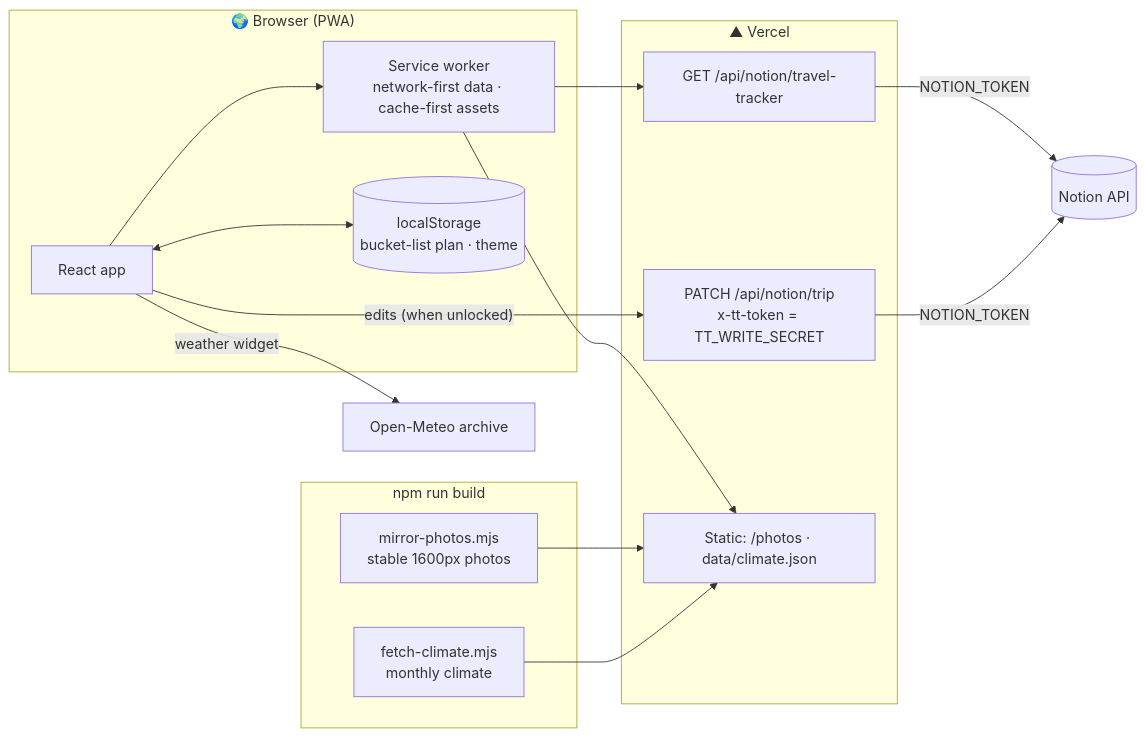
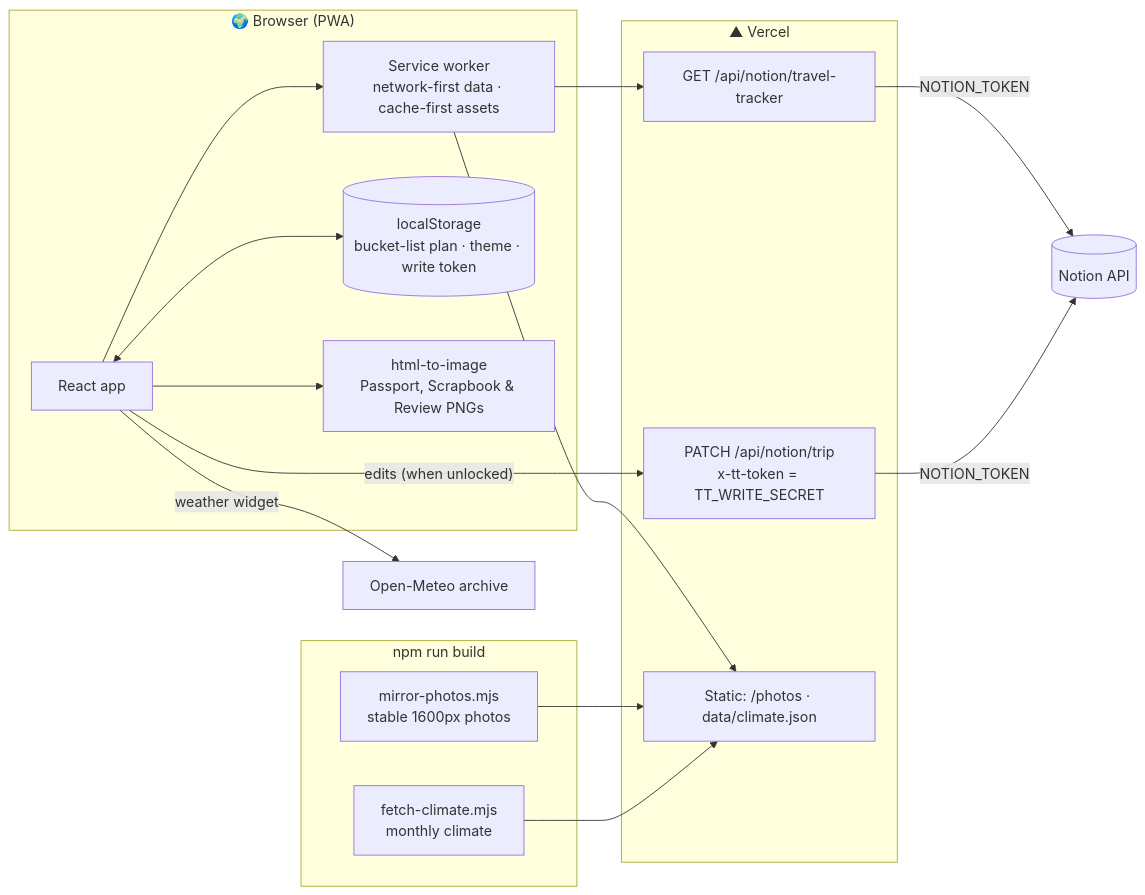
The third of 3 diagrams in README.md (jlthompson96/Travel_Tracker), drawn with Mermaid before and after one commit. The commit also changed other lines of this file and 21 other files, not shown here.

````diff
--- a/README.md
+++ b/README.md
@@ -221,23 +229,25 @@
 ```mermaid
 flowchart LR
     subgraph Browser["🌍 Browser (PWA)"]
         UI["React app"]
         SW["Service worker<br/>network-first data · cache-first assets"]
-        LS[("localStorage<br/>bucket-list plan · theme")]
+        LS[("localStorage<br/>bucket-list plan · theme · write token")]
+        EX["html-to-image<br/>Passport, Scrapbook & Review PNGs"]
     end
     subgraph Vercel["▲ Vercel"]
         GET["GET /api/notion/travel-tracker"]
         PATCH["PATCH /api/notion/trip<br/>x-tt-token = TT_WRITE_SECRET"]
         ST["Static: /photos · data/climate.json"]
     end
     UI --> SW
     SW --> GET & ST
     UI -- "edits (when unlocked)" --> PATCH
     UI <--> LS
+    UI --> EX
     GET & PATCH -- "NOTION_TOKEN" --> NT[("Notion API")]
     UI -- "weather widget" --> OM["Open-Meteo archive"]
     subgraph Build["npm run build"]
         MP["mirror-photos.mjs<br/>stable 1600px photos"] --> ST
         FC["fetch-climate.mjs<br/>monthly climate"] --> ST
     end
 ```
````
